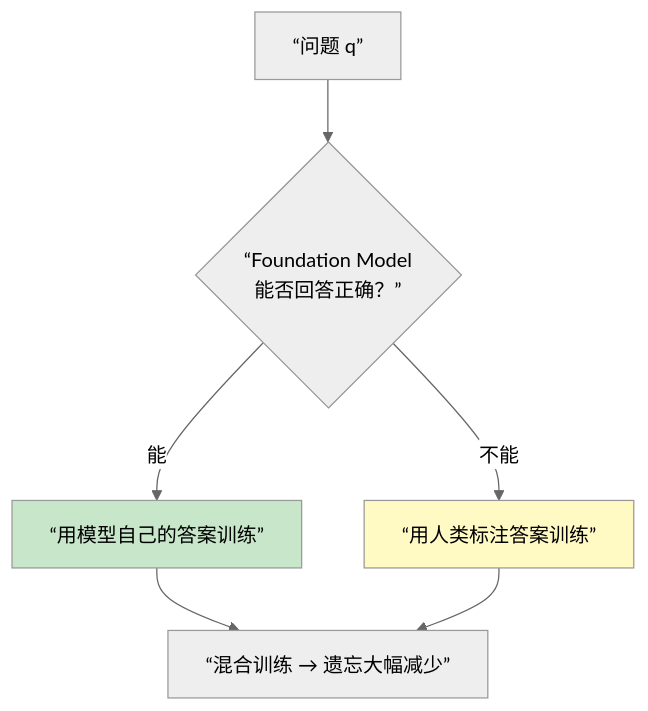
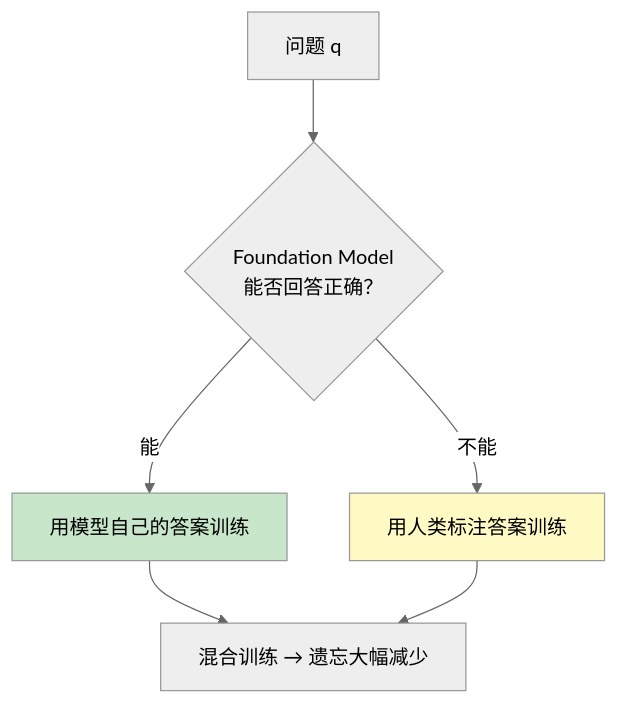
The sixth of 28 diagrams in _posts/research/2026-02-06-LLM-Training-Survey.md (TingdeLiu/tingdeliu.github.io), drawn with Mermaid (neutral theme) before and after one commit. The commit also changed other lines of this file and 1 other file, not shown here.

````diff
--- a/_posts/research/2026-02-06-LLM-Training-Survey.md
+++ b/_posts/research/2026-02-06-LLM-Training-Survey.md
@@ -2088,11 +1967,11 @@
 ```mermaid
 flowchart TD
-    A[“问题 q”] --> B{“Foundation Model\n能否回答正确？”}
-    B -->|能| C[“用模型自己的答案训练”]
-    B -->|不能| D[“用人类标注答案训练”]
-    C --> E[“混合训练 → 遗忘大幅减少”]
+    A["问题 q"] --> B{"Foundation Model<br/>能否回答正确？"}
+    B -->|能| C["用模型自己的答案训练"]
+    B -->|不能| D["用人类标注答案训练"]
+    C --> E["混合训练 → 遗忘大幅减少"]
     D --> E
 
     style C fill:#c8e6c9
     style D fill:#fff9c4
 ```
````
